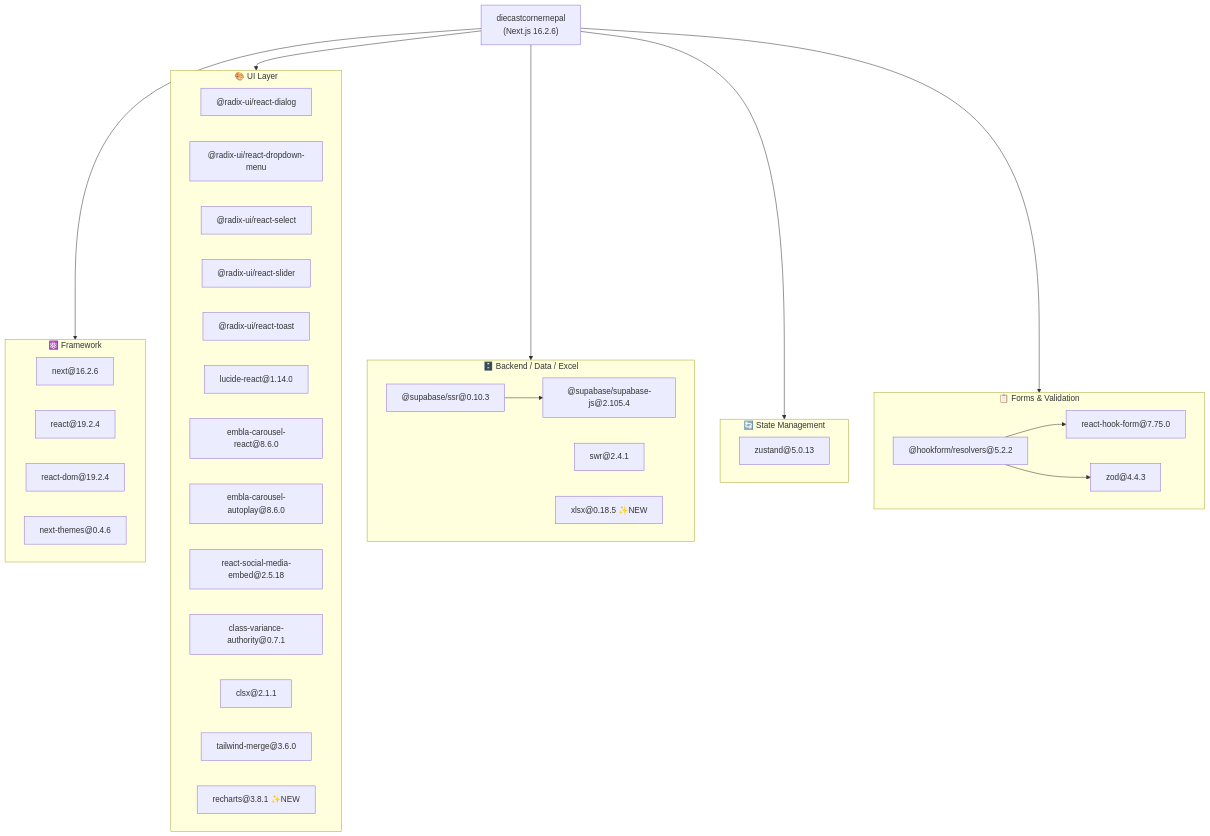
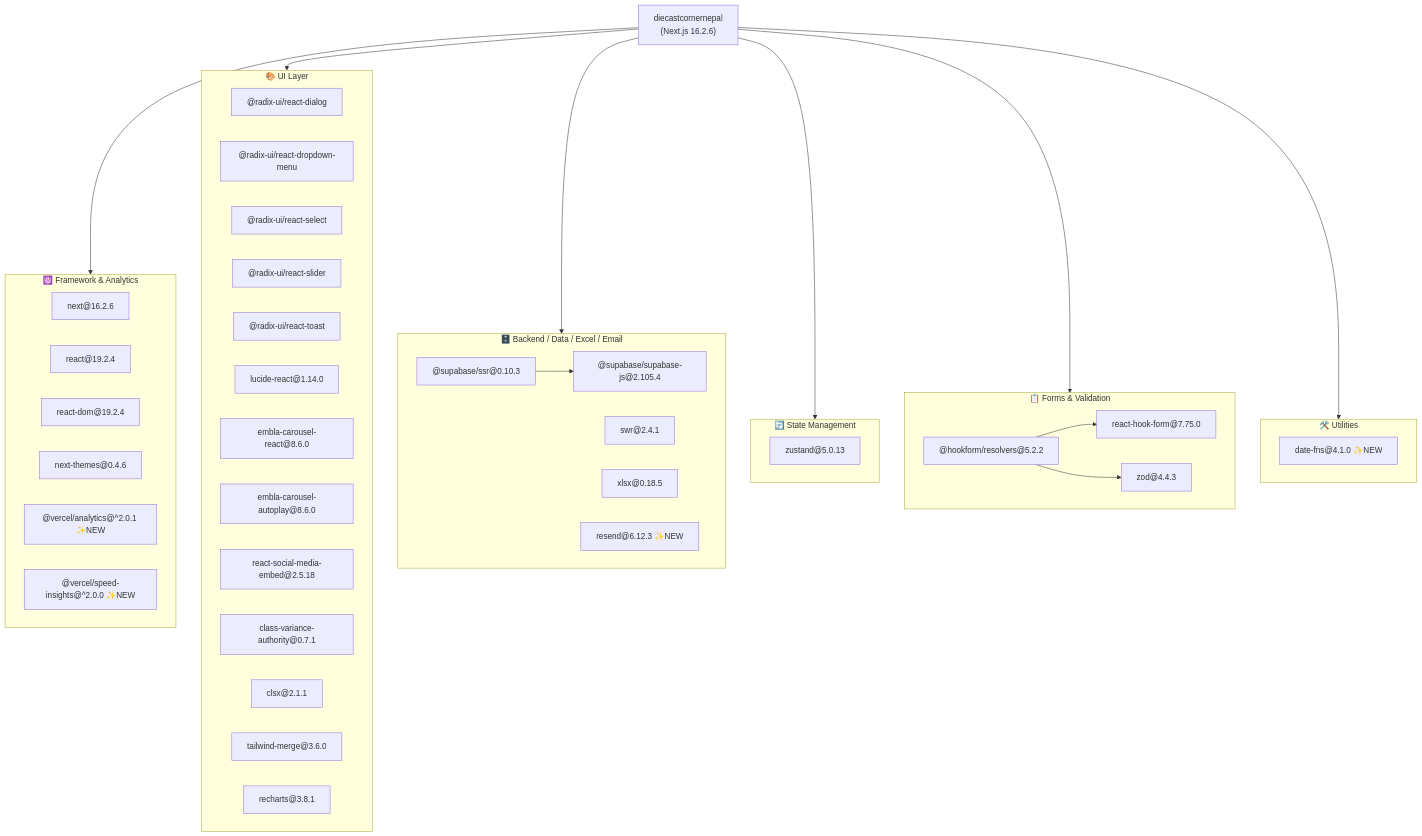
One commit to noorkth2/thediecastcornernepal changed the first of 5 diagrams in dependency_graph.md. Above: the diagram before and after it, drawn with Mermaid. The commit also changed other lines of this file and 19 other files, not shown here.

Commit message:
feat: complete production readiness (payments, transactional emails, SEO & Vercel analytics, legal policies)

````diff
--- a/dependency_graph.md
+++ b/dependency_graph.md
@@ -8,54 +8,62 @@
 ```mermaid
 graph TD
   APP["diecastcornernepal<br/>(Next.js 16.2.6)"]
 
-  subgraph Framework ["⚛️ Framework"]
+  subgraph Framework ["⚛️ Framework & Analytics"]
     NEXT["next@16.2.6"]
     REACT["react@19.2.4"]
     REACTDOM["react-dom@19.2.4"]
     NEXTTHEMES["next-themes@0.4.6"]
+    V_ANALYTICS["@vercel/analytics@^2.0.1 ✨NEW"]
+    V_SPEED["@vercel/speed-insights@^2.0.0 ✨NEW"]
   end
 
   subgraph UI ["🎨 UI Layer"]
     RADIX_DIALOG["@radix-ui/react-dialog"]
     RADIX_DROPDOWN["@radix-ui/react-dropdown-menu"]
     RADIX_SELECT["@radix-ui/react-select"]
     RADIX_SLIDER["@radix-ui/react-slider"]
     RADIX_TOAST["@radix-ui/react-toast"]
     LUCIDE["lucide-react@1.14.0"]
     EMBLA["embla-carousel-react@8.6.0"]
     EMBLA_AUTO["embla-carousel-autoplay@8.6.0"]
     REACT_SOCIAL["react-social-media-embed@2.5.18"]
     CVA["class-variance-authority@0.7.1"]
     CLSX["clsx@2.1.1"]
     TWMERGE["tailwind-merge@3.6.0"]
-    RECHARTS["recharts@3.8.1 ✨NEW"]
+    RECHARTS["recharts@3.8.1"]
   end
 
-  subgraph Backend ["🗄️ Backend / Data / Excel"]
+  subgraph Backend ["🗄️ Backend / Data / Excel / Email"]
     SB_SSR["@supabase/ssr@0.10.3"]
     SB_JS["@supabase/supabase-js@2.105.4"]
     SWR["swr@2.4.1"]
-    XLSX["xlsx@0.18.5 ✨NEW"]
+    XLSX["xlsx@0.18.5"]
+    RESEND["resend@6.12.3 ✨NEW"]
   end
 
   subgraph State ["🔄 State Management"]
     ZUSTAND["zustand@5.0.13"]
   end
 
   subgraph Forms ["📋 Forms & Validation"]
     RHF["react-hook-form@7.75.0"]
     RHF_RESOLVERS["@hookform/resolvers@5.2.2"]
     ZOD["zod@4.4.3"]
   end
 
+  subgraph Utils ["🛠️ Utilities"]
+    DATE_FNS["date-fns@4.1.0 ✨NEW"]
+  end
+
   APP --> Framework
   APP --> UI
   APP --> Backend
   APP --> State
   APP --> Forms
+  APP --> Utils
 
   SB_SSR --> SB_JS
   RHF_RESOLVERS --> ZOD
   RHF_RESOLVERS --> RHF
 ```
````
